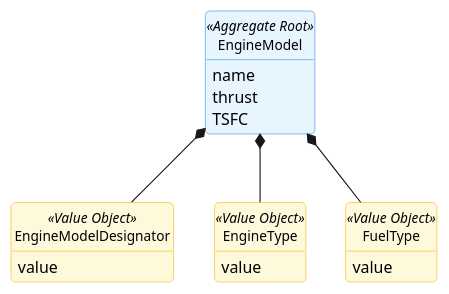
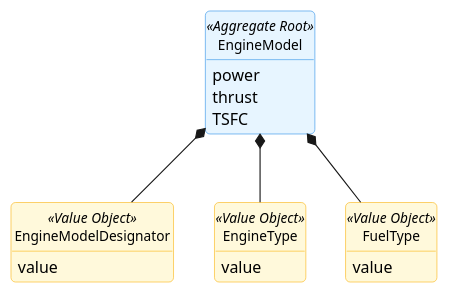
The diagram in docs/global-artifacts/02.analysis/puml/Aggregates/EngineModelAggregate.puml (GustavoFerreira24/flight-management-platform), drawn with PlantUML before and after one commit. The commit also changed 15 other files, not shown here.

```diff
--- a/docs/global-artifacts/02.analysis/puml/Aggregates/EngineModelAggregate.puml
+++ b/docs/global-artifacts/02.analysis/puml/Aggregates/EngineModelAggregate.puml
@@ -1,49 +1,49 @@
 @startuml
 skinparam {
     BackgroundColor white
     RoundCorner 8
     Shadowing false
     Handwritten false
     ClassAttributeIconSize 0
 
     ClassBackgroundColor white
     ClassBorderColor #495057
     ClassFontSize 12
 
     ClassBackgroundColor<<Aggregate Root>> #E7F5FF
     ClassBorderColor<<Aggregate Root>> #228BE6
 
     ClassBackgroundColor<<Value Object>> #FFF9DB
     ClassBorderColor<<Value Object>> #FAB005
 
     ClassBackgroundColor<<Entity>> #F3F0FF
     ClassBorderColor<<Entity>> #7950F2
 }
 hide circle
 hide methods
 
  class EngineModel <<Aggregate Root>> {
-        name
+        power
         thrust
         TSFC
     }
 
     class EngineModelDesignator <<Value Object>> {
         value
     }
 
     class EngineType <<Value Object>> {
         value
     }
 
     class FuelType <<Value Object>> {
         value
     }
 
     EngineModel *-- EngineModelDesignator
     EngineModel *-- EngineType
     EngineModel *-- FuelType
 
 }
 
 @enduml
```
